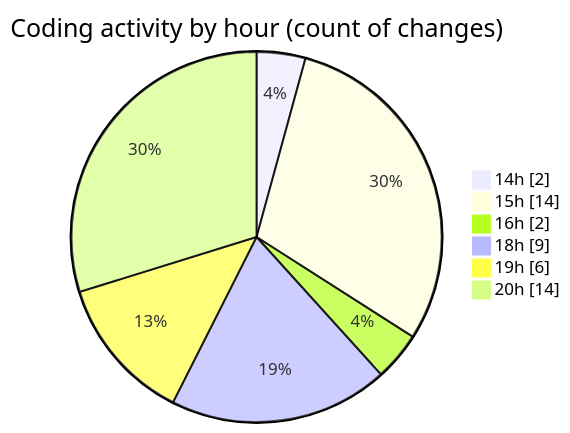
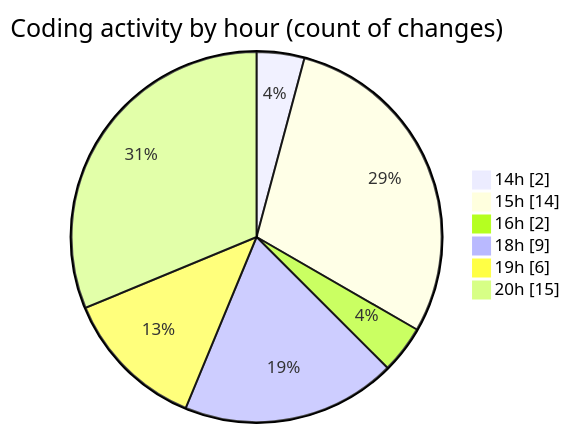
The second of 2 diagrams in 2025-03-21/back-end/README.md (Netris89/code-tracking), drawn with Mermaid before and after one commit. The commit also changed other lines of this file and 1 other file, not shown here.

````diff
--- a/2025-03-21/back-end/README.md
+++ b/2025-03-21/back-end/README.md
@@ -31,10 +31,10 @@
 ```mermaid
 pie showData
 title Coding activity by hour (count of changes)
 "14h" : 2
 "15h" : 14
 "16h" : 2
 "18h" : 9
 "19h" : 6
-"20h" : 14
+"20h" : 15
 ```
````
